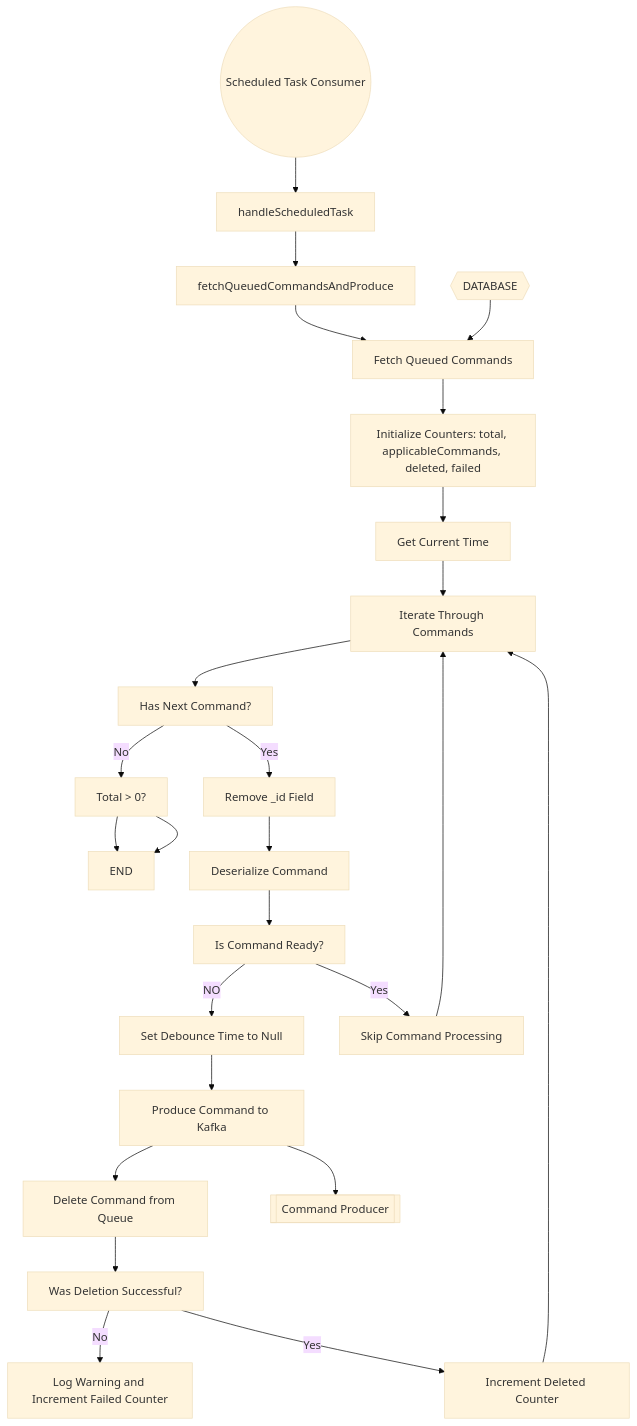
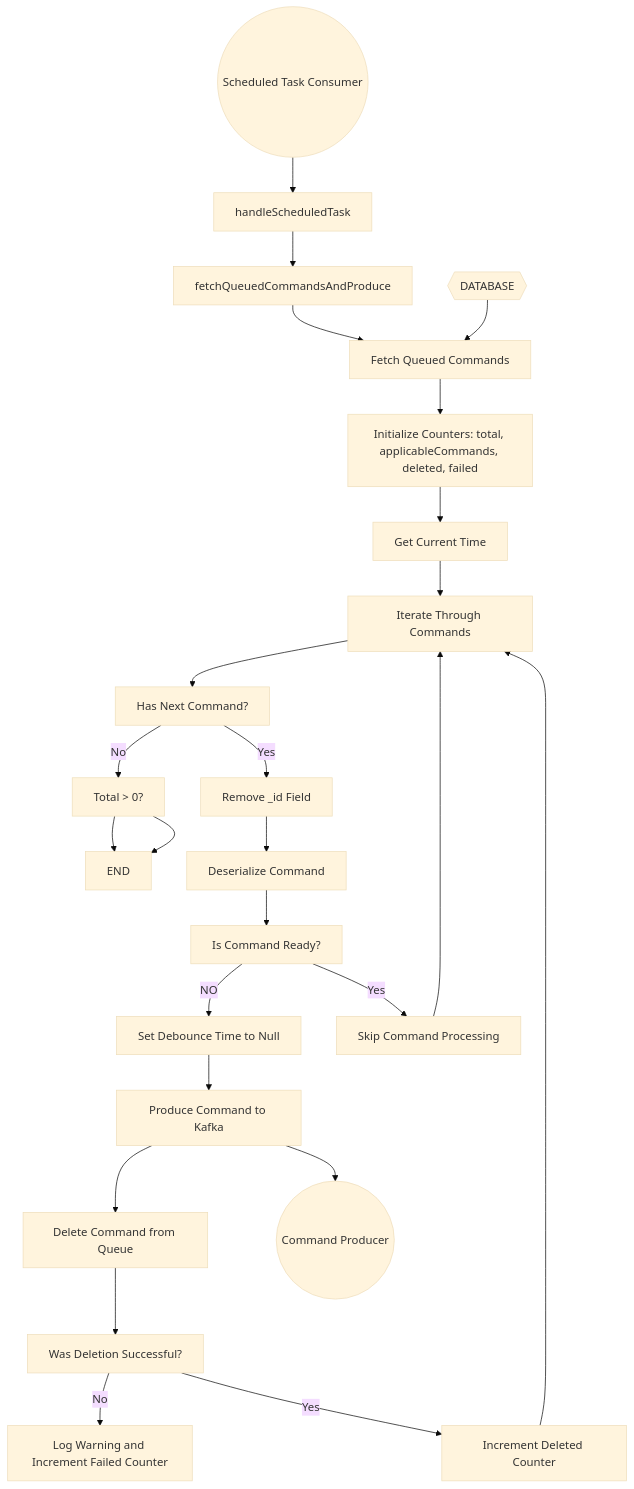
Before and after one commit to SahilAggarwall/NewJourney: the third of 3 diagrams in NewFC.md, drawn with Mermaid (base theme). The commit also changed other lines of this file, not shown here.

````diff
--- a/NewFC.md
+++ b/NewFC.md
@@ -122,12 +122,12 @@
 ```mermaid
    flowchart
    STC((Scheduled Task Consumer)) --> Q[handleScheduledTask] --> Q1[fetchQueuedCommandsAndProduce] --> Q2[Fetch Queued Commands] --> Q3[Initialize Counters: total, applicableCommands, deleted, failed] --> Q4[Get Current Time] --> Q5[Iterate Through Commands] --> Q6[Has Next Command?]
    DB{{DATABASE}} --> Q2
    Q6 -- Yes --> Q7[Remove _id Field]
    Q6 -- No --> Q8[Total > 0?] --> Q9[Log Summary: Total, Expired, Updated, Failed]
    Q8 --> Q9[END]
    Q7 --> Q10[Deserialize Command] --> Q11[Is Command Ready?] -- NO --> Q12[Set Debounce Time to Null] --> Q13[Produce Command to Kafka] --> Q14[Delete Command from Queue] --> Q15[Was Deletion Successful?] -- No --> Q18[Log Warning and Increment Failed Counter]
    Q15 -- Yes --> Q16[Increment Deleted Counter] --> Q5
    Q11 -- Yes --> Q17[Skip Command Processing] --> Q5
-   Q13 --> CP[[Command Producer]]
+   Q13 --> CP((Command Producer))
 ```
````
